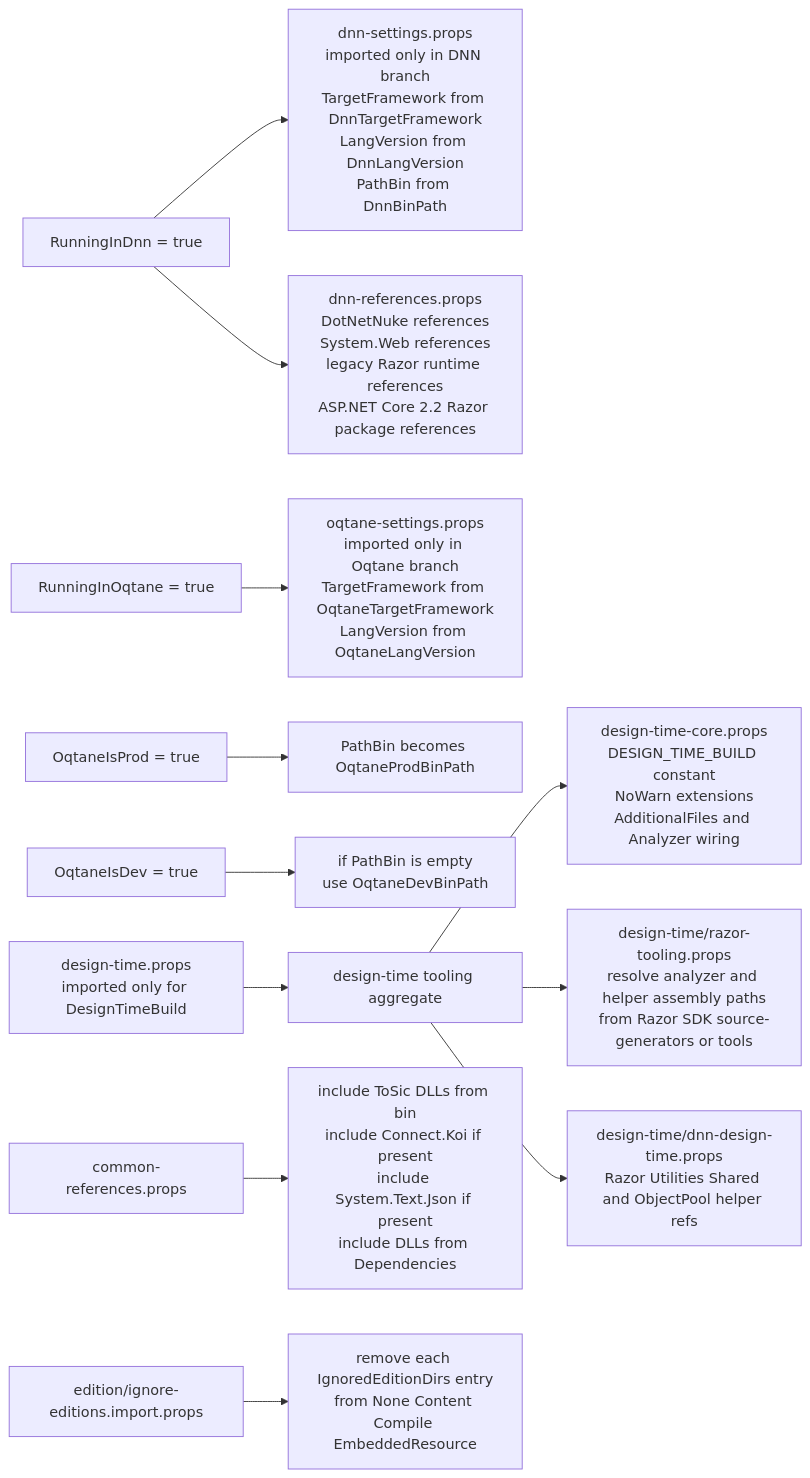
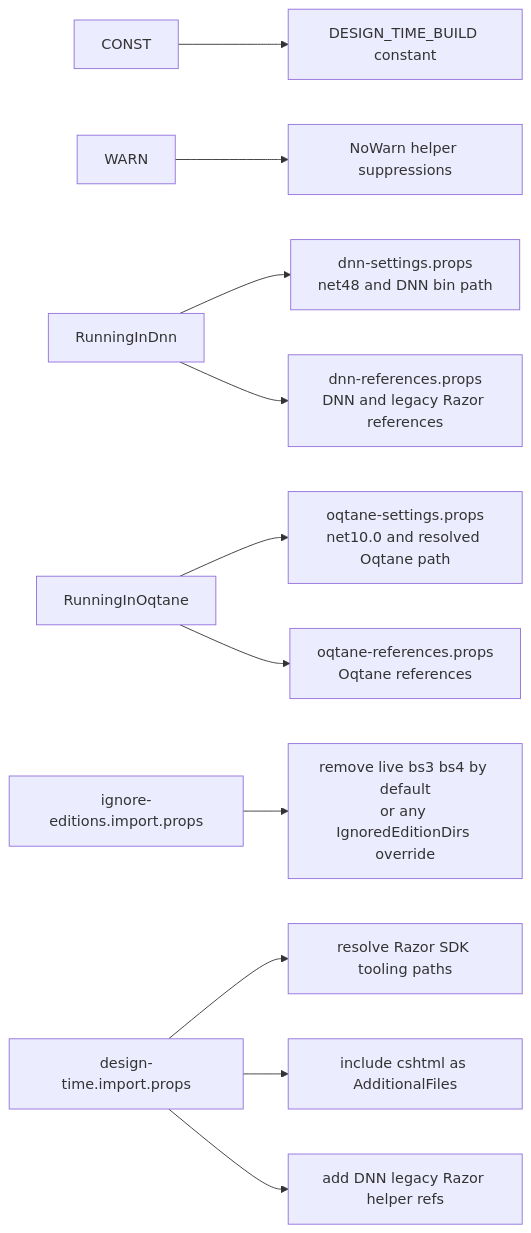
The third of 3 diagrams in readme.md (2sxc-apps/app-extension-dotnet-project), drawn with Mermaid before and after one commit. The commit also changed other lines of this file and 4 other files, not shown here.

````diff
--- a/readme.md
+++ b/readme.md
@@ -144,17 +167,17 @@
 ```mermaid
 flowchart LR
-    RD[RunningInDnn = true] --> DS[dnn-settings.props<br/>imported only in DNN branch<br/>TargetFramework from DnnTargetFramework<br/>LangVersion from DnnLangVersion<br/>PathBin from DnnBinPath]
-    RD --> DR[dnn-references.props<br/>DotNetNuke references<br/>System.Web references<br/>legacy Razor runtime references<br/>ASP.NET Core 2.2 Razor package references]
+    CONST --> B1[DESIGN_TIME_BUILD constant]
+    WARN --> B2[NoWarn helper suppressions]
 
-    RO[RunningInOqtane = true] --> OS[oqtane-settings.props<br/>imported only in Oqtane branch<br/>TargetFramework from OqtaneTargetFramework<br/>LangVersion from OqtaneLangVersion]
-    P[OqtaneIsProd = true] --> OSP[PathBin becomes OqtaneProdBinPath]
-    DEV[OqtaneIsDev = true] --> OSD[if PathBin is empty<br/>use OqtaneDevBinPath]
+    RD[RunningInDnn] --> DS[dnn-settings.props<br/>net48 and DNN bin path]
+    RD --> DR[dnn-references.props<br/>DNN and legacy Razor references]
 
-    DT[design-time.props<br/>imported only for DesignTimeBuild] --> RT[design-time tooling aggregate]
-    RT --> DTC[design-time-core.props<br/>DESIGN_TIME_BUILD constant<br/>NoWarn extensions<br/>AdditionalFiles and Analyzer wiring]
-    RT --> RZ[design-time/razor-tooling.props<br/>resolve analyzer and helper assembly paths<br/>from Razor SDK source-generators or tools]
-    RT --> DTDNN[design-time/dnn-design-time.props<br/>Razor Utilities Shared and ObjectPool helper refs]
+    RO[RunningInOqtane] --> OS[oqtane-settings.props<br/>net10.0 and resolved Oqtane path]
+    RO --> OR[oqtane-references.props<br/>Oqtane references]
 
-    COMMON[common-references.props] --> CR[include ToSic DLLs from bin<br/>include Connect.Koi if present<br/>include System.Text.Json if present<br/>include DLLs from Dependencies]
-    IGN[edition/ignore-editions.import.props] --> EDI[remove each IgnoredEditionDirs entry<br/>from None Content Compile EmbeddedResource]
+    EDIT[ignore-editions.import.props] --> EI[remove live bs3 bs4 by default<br/>or any IgnoredEditionDirs override]
+
+    DT[design-time.import.props] --> RZ[resolve Razor SDK tooling paths]
+    DT --> AC[include cshtml as AdditionalFiles]
+    DT --> HR[add DNN legacy Razor helper refs]
 ```
````
